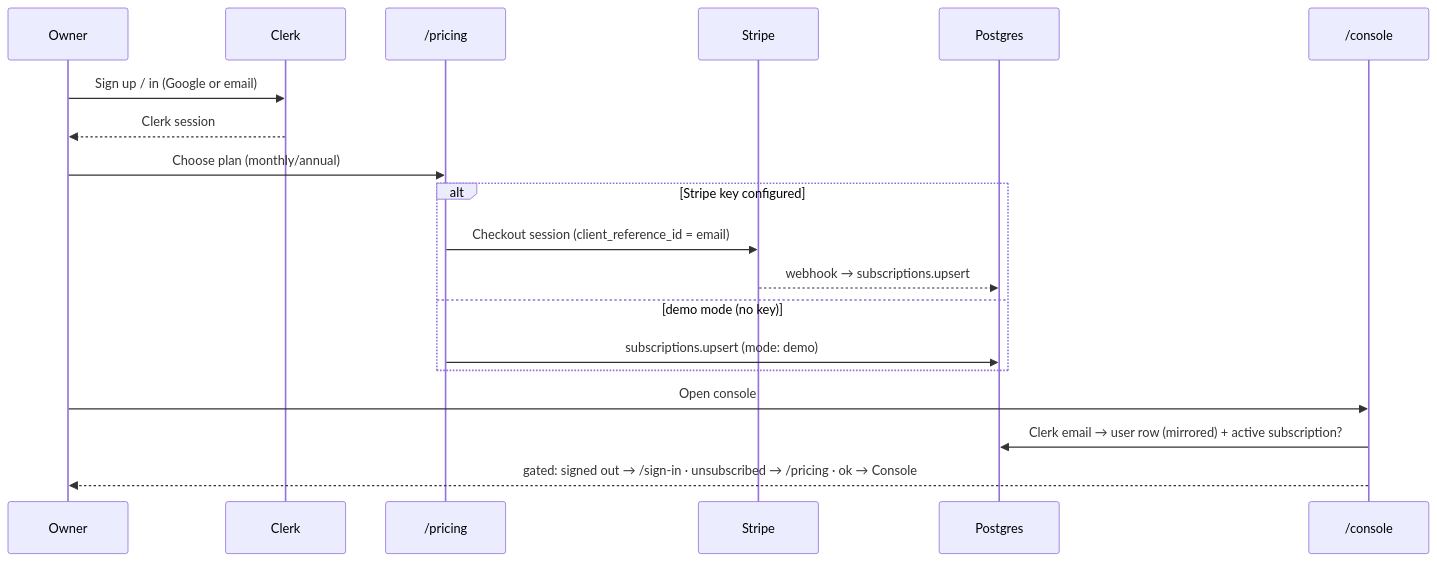
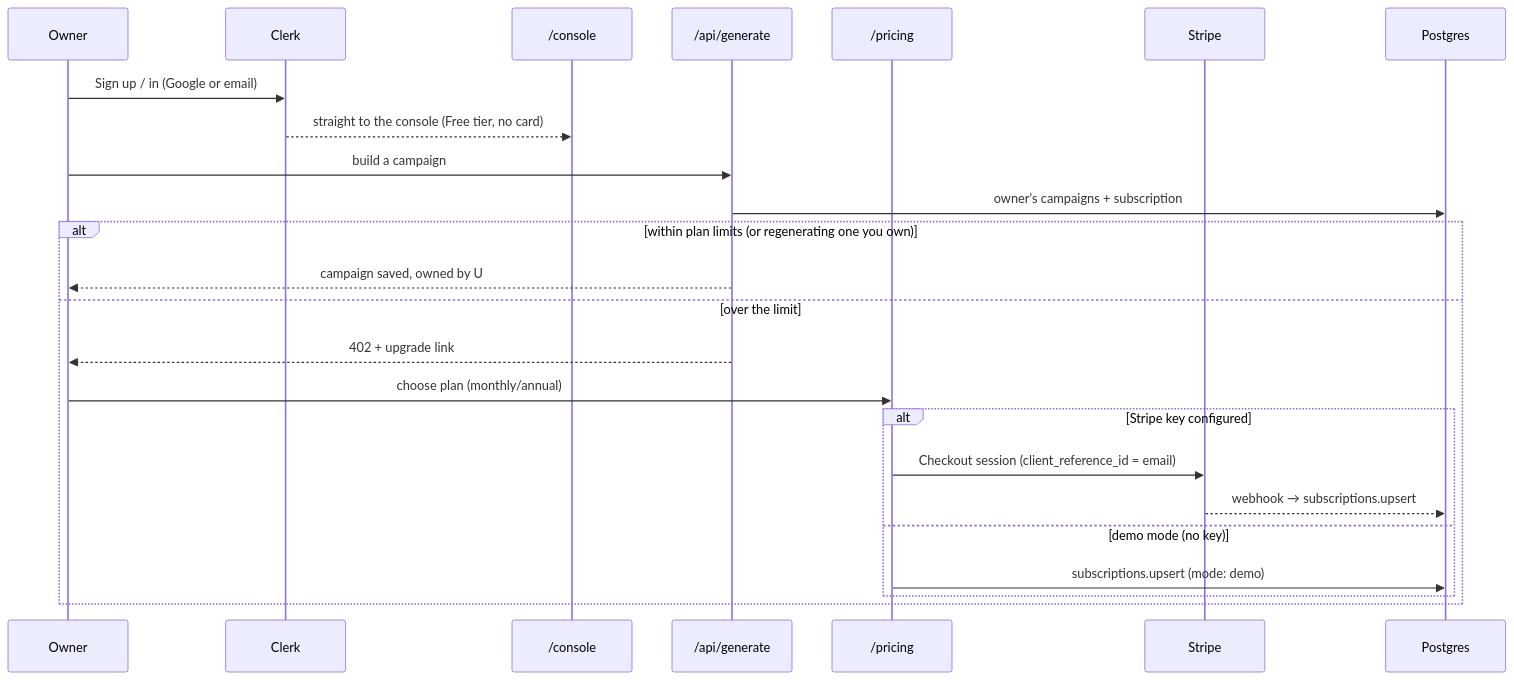
The third of 5 diagrams in ARCHITECTURE.md (rohitdvv/swell), drawn with Mermaid before and after one commit. The commit also changed other lines of this file and 13 other files, not shown here.

First line of the commit message:
Free tier: "Run it on your data" goes to the campaign builder, not payments

````diff
--- a/ARCHITECTURE.md
+++ b/ARCHITECTURE.md
@@ -156,22 +156,27 @@
 ```mermaid
 sequenceDiagram
   participant U as Owner
   participant K as Clerk
+  participant C as /console
+  participant G as /api/generate
   participant P as /pricing
   participant S as Stripe
   participant DB as Postgres
-  participant C as /console
 
   U->>K: Sign up / in (Google or email)
-  K-->>U: Clerk session
-  U->>P: Choose plan (monthly/annual)
-  alt Stripe key configured
-    P->>S: Checkout session (client_reference_id = email)
-    S-->>DB: webhook → subscriptions.upsert
-  else demo mode (no key)
-    P->>DB: subscriptions.upsert (mode: demo)
+  K-->>C: straight to the console (Free tier, no card)
+  U->>G: build a campaign
+  G->>DB: owner's campaigns + subscription
+  alt within plan limits (or regenerating one you own)
+    G-->>U: campaign saved, owned by U
+  else over the limit
+    G-->>U: 402 + upgrade link
+    U->>P: choose plan (monthly/annual)
+    alt Stripe key configured
+      P->>S: Checkout session (client_reference_id = email)
+      S-->>DB: webhook → subscriptions.upsert
+    else demo mode (no key)
+      P->>DB: subscriptions.upsert (mode: demo)
+    end
   end
-  U->>C: Open console
-  C->>DB: Clerk email → user row (mirrored) + active subscription?
-  C-->>U: gated: signed out → /sign-in · unsubscribed → /pricing · ok → Console
 ```
````
